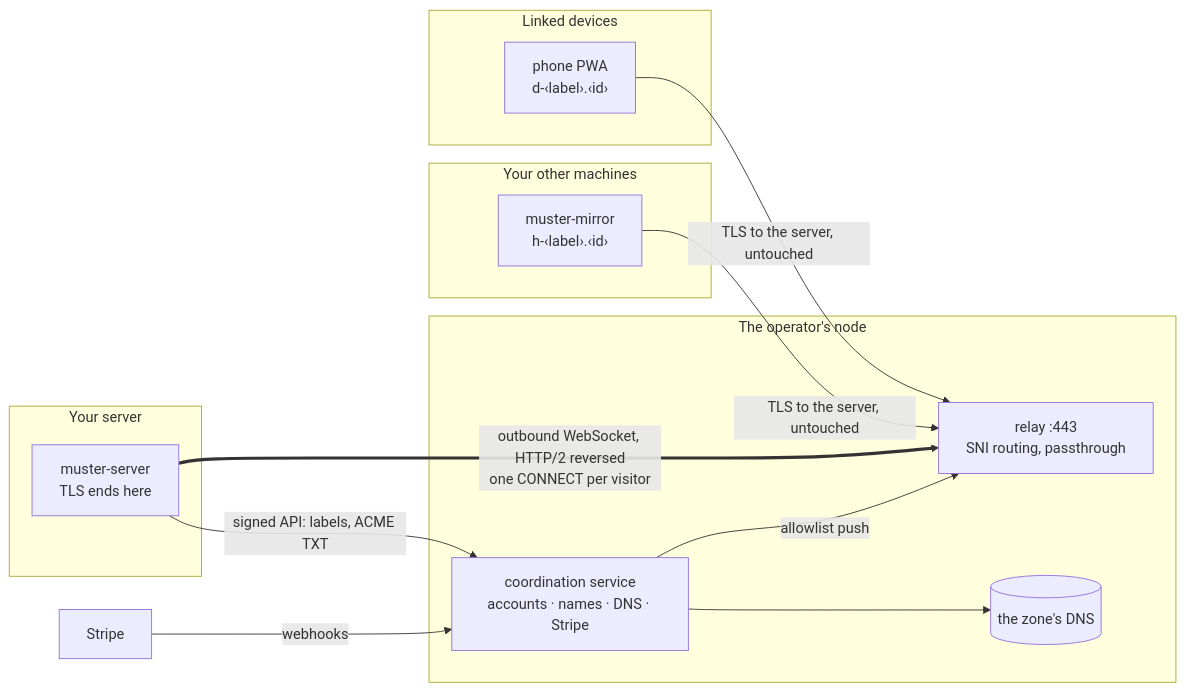
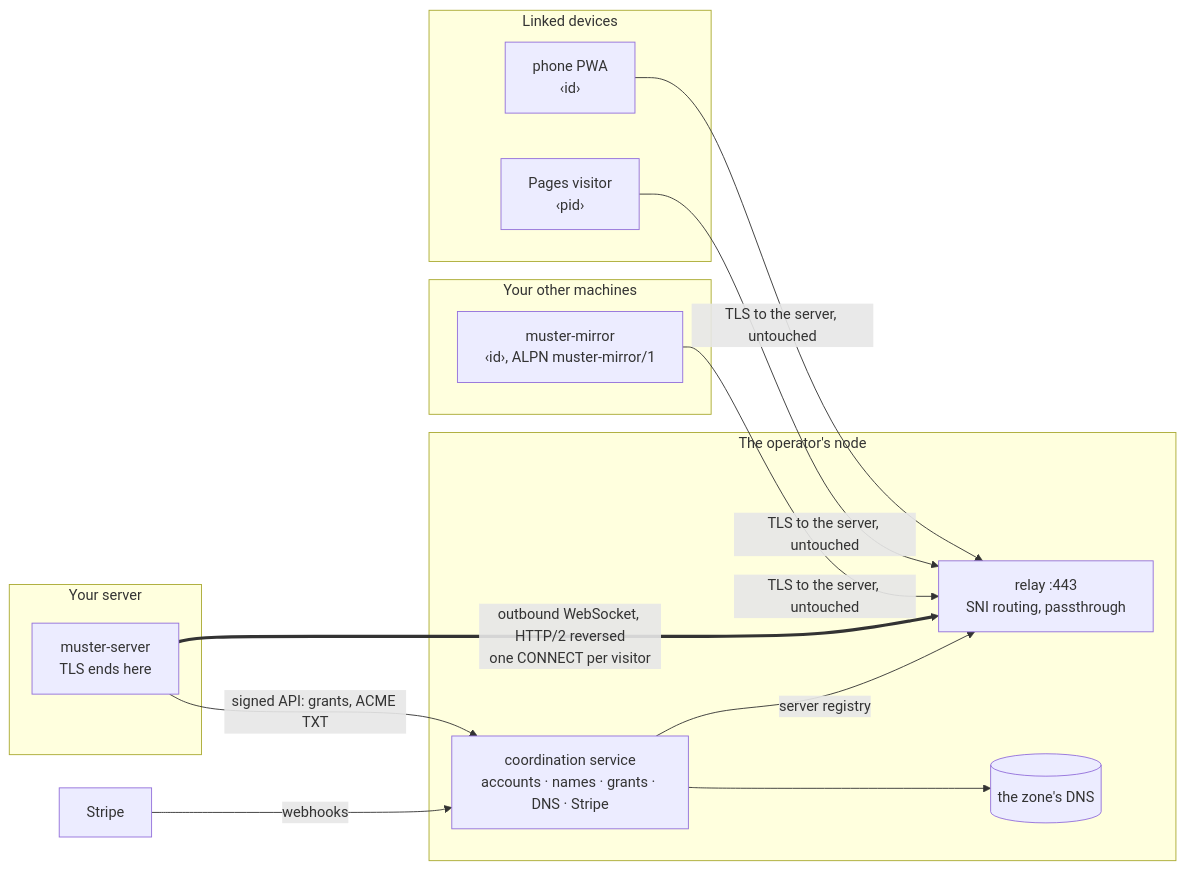
The diagram in docs/design/managed-network.md (ZacxDev/muster), drawn with Mermaid before and after one commit. The commit also changed other lines of this file, not shown here.

First line of the commit message:
docs(design): managed network round 1 — one name per server, reversed link, round-0 findings

````diff
--- a/docs/design/managed-network.md
+++ b/docs/design/managed-network.md
@@ -335,24 +411,26 @@
 ```mermaid
 flowchart LR
   subgraph you["Linked devices"]
-    phone["phone PWA<br/>d-‹label›.‹id›"]
+    phone["phone PWA<br/>‹id›"]
+    vis["Pages visitor<br/>‹pid›"]
   end
   subgraph machines["Your other machines"]
-    mm["muster-mirror<br/>h-‹label›.‹id›"]
+    mm["muster-mirror<br/>‹id›, ALPN muster-mirror/1"]
   end
   subgraph node["The operator's node"]
     relay["relay :443<br/>SNI routing, passthrough"]
-    coord["coordination service<br/>accounts · names · DNS · Stripe"]
+    coord["coordination service<br/>accounts · names · grants · DNS · Stripe"]
     dns[("the zone's DNS")]
   end
   subgraph hub["Your server"]
     ms["muster-server<br/>TLS ends here"]
   end
   phone -- "TLS to the server, untouched" --> relay
+  vis -- "TLS to the server, untouched" --> relay
   mm -- "TLS to the server, untouched" --> relay
   ms == "outbound WebSocket, HTTP/2 reversed<br/>one CONNECT per visitor" ==> relay
-  ms -- "signed API: labels, ACME TXT" --> coord
+  ms -- "signed API: grants, ACME TXT" --> coord
   coord --> dns
-  coord -- "allowlist push" --> relay
+  coord -- "server registry" --> relay
   stripe["Stripe"] -- webhooks --> coord
 ```
````
